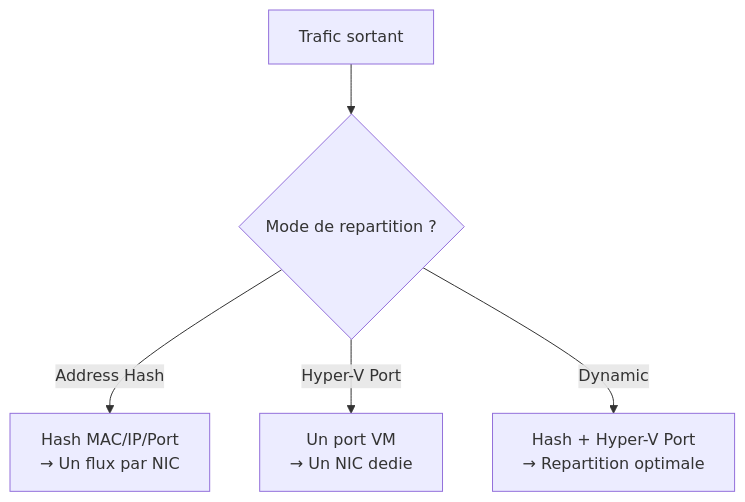
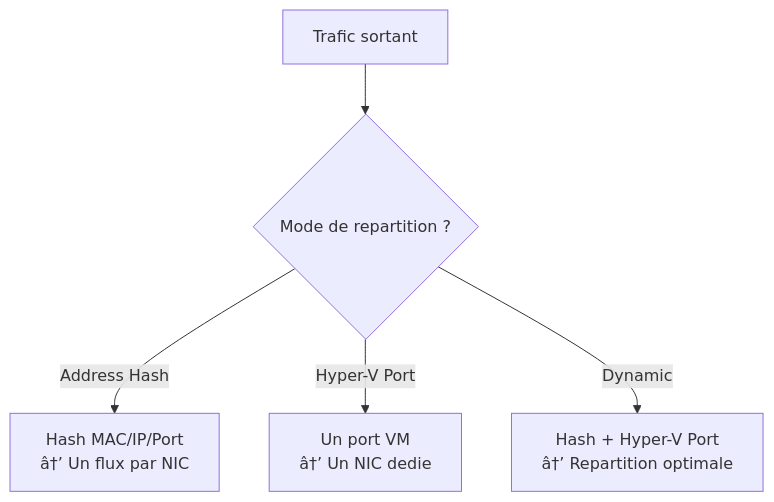
One commit to VBlackJack/WinOpsLab changed the second of 2 diagrams in docs/reseau/avances/nic-teaming.md. Above: the diagram before and after it, drawn with Mermaid. The commit also changed other lines of this file and 213 other files, not shown here.

First line of the commit message:
Audit documentation: level badges, time estimates, card grid, new diagrams

````diff
--- a/docs/reseau/avances/nic-teaming.md
+++ b/docs/reseau/avances/nic-teaming.md
@@ -134,7 +153,7 @@
 ```mermaid
 graph TD
     A["Trafic sortant"] --> B{"Mode de repartition ?"}
-    B -->|Address Hash| C["Hash MAC/IP/Port<br/>→ Un flux par NIC"]
-    B -->|Hyper-V Port| D["Un port VM<br/>→ Un NIC dedie"]
-    B -->|Dynamic| E["Hash + Hyper-V Port<br/>→ Repartition optimale"]
+    B -->|Address Hash| C["Hash MAC/IP/Port<br/>â†’ Un flux par NIC"]
+    B -->|Hyper-V Port| D["Un port VM<br/>â†’ Un NIC dedie"]
+    B -->|Dynamic| E["Hash + Hyper-V Port<br/>â†’ Repartition optimale"]
 ```
````
